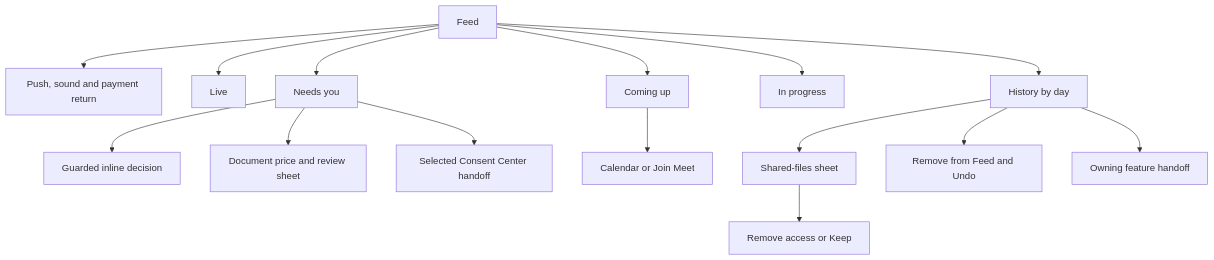
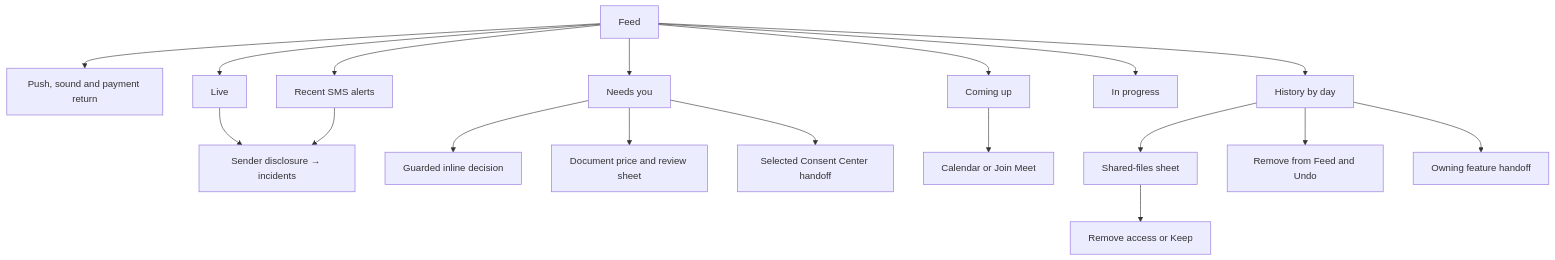
One commit to hushh-labs/hushh-research changed the diagram in hushh-webapp/docs/ui-contracts/feed.md. Above: the diagram before and after it, drawn with Mermaid. The commit also changed other lines of this file and 10 other files, not shown here.

````diff
--- a/hushh-webapp/docs/ui-contracts/feed.md
+++ b/hushh-webapp/docs/ui-contracts/feed.md
@@ -13,17 +13,20 @@
 ```mermaid
 flowchart TD
   feed["Feed"] --> prompts["Push, sound and payment return"]
   feed --> live["Live"]
   feed --> needs["Needs you"]
+  feed --> recentSms["Recent SMS alerts"]
+  live --> sms["Sender disclosure → incidents"]
+  recentSms --> sms
   feed --> upcoming["Coming up"]
   feed --> progress["In progress"]
   feed --> history["History by day"]
   needs --> inline["Guarded inline decision"]
   needs --> price["Document price and review sheet"]
   needs --> consent["Selected Consent Center handoff"]
   upcoming --> calendar["Calendar or Join Meet"]
   history --> files["Shared-files sheet"]
   files --> removal["Remove access or Keep"]
   history --> dismiss["Remove from Feed and Undo"]
   history --> routes["Owning feature handoff"]
 ```
````
